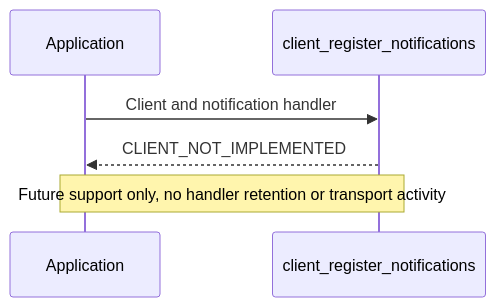
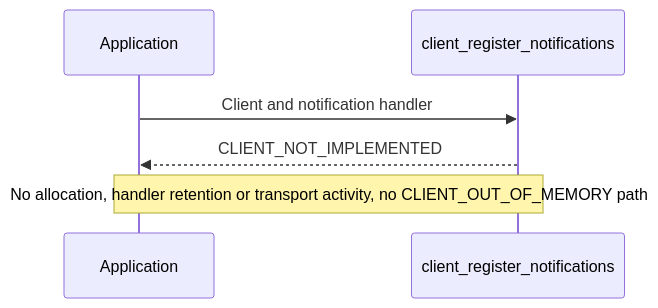
Diagram 13 of 30 in doc/EyilSecureGateway.md (rdkcentral/eyil-secure-gateway), drawn with Mermaid before and after one commit. The commit also changed other lines of this file and 1 other file, not shown here.

````diff
--- a/doc/EyilSecureGateway.md
+++ b/doc/EyilSecureGateway.md
@@ -1590,8 +1826,8 @@
 ```mermaid
 sequenceDiagram
     participant A as Application
     participant API as client_register_notifications
     A->>API: Client and notification handler
     API-->>A: CLIENT_NOT_IMPLEMENTED
-    Note over A,API: Future support only, no handler retention or transport activity
+    Note over A,API: No allocation, handler retention or transport activity, no CLIENT_OUT_OF_MEMORY path
 ```
````
